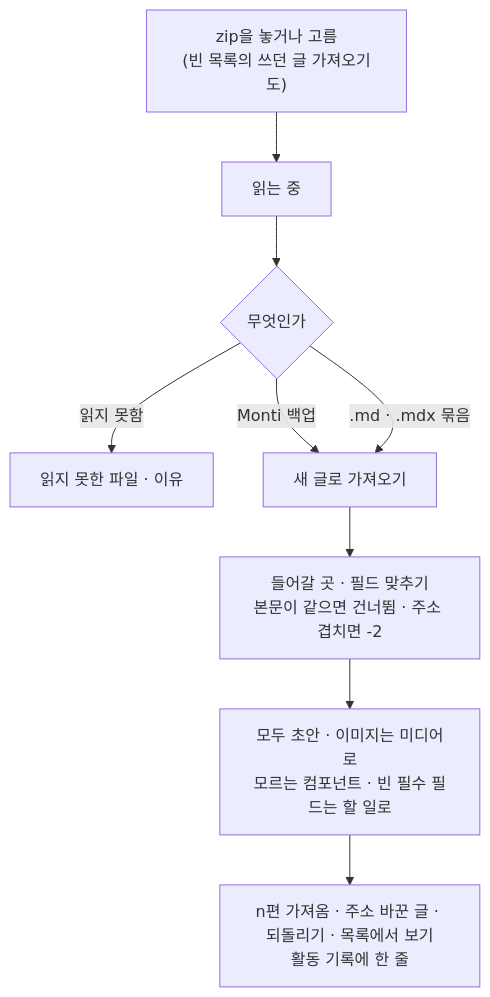
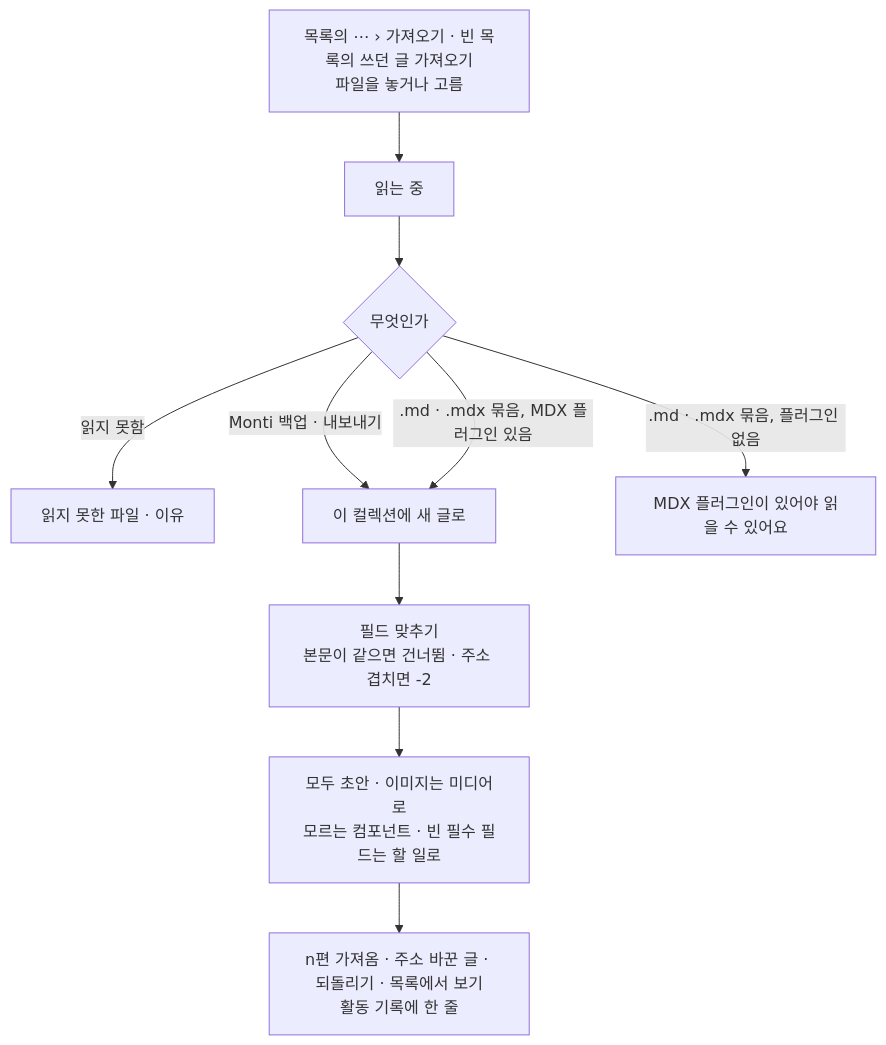
One commit to monti-cms/monti changed the diagram in docs/design/features/14-data-keys-plugins.md. Above: the diagram before and after it, drawn with Mermaid. The commit also changed other lines of this file and 12 other files, not shown here.

````diff
--- a/docs/design/features/14-data-keys-plugins.md
+++ b/docs/design/features/14-data-keys-plugins.md
@@ -44,11 +44,12 @@
 ```mermaid
 flowchart TD
-  F["zip을 놓거나 고름<br/>(빈 목록의 쓰던 글 가져오기도)"] --> R["읽는 중"]
+  F["목록의 ⋯ › 가져오기 · 빈 목록의 쓰던 글 가져오기<br/>파일을 놓거나 고름"] --> R["읽는 중"]
   R --> K{"무엇인가"}
   K -->|읽지 못함| E["읽지 못한 파일 · 이유"]
-  K -->|Monti 백업| IM["새 글로 가져오기"]
-  K -->|.md · .mdx 묶음| IM
-  IM --> MAP["들어갈 곳 · 필드 맞추기<br/>본문이 같으면 건너뜀 · 주소 겹치면 -2"]
+  K -->|Monti 백업 · 내보내기| IM["이 컬렉션에 새 글로"]
+  K -->|.md · .mdx 묶음, MDX 플러그인 있음| IM
+  K -->|.md · .mdx 묶음, 플러그인 없음| NP["MDX 플러그인이 있어야 읽을 수 있어요"]
+  IM --> MAP["필드 맞추기<br/>본문이 같으면 건너뜀 · 주소 겹치면 -2"]
   MAP --> GO["모두 초안 · 이미지는 미디어로<br/>모르는 컴포넌트 · 빈 필수 필드는 할 일로"]
   GO --> DONE["n편 가져옴 · 주소 바꾼 글 · 되돌리기 · 목록에서 보기<br/>활동 기록에 한 줄"]
 ```
````
